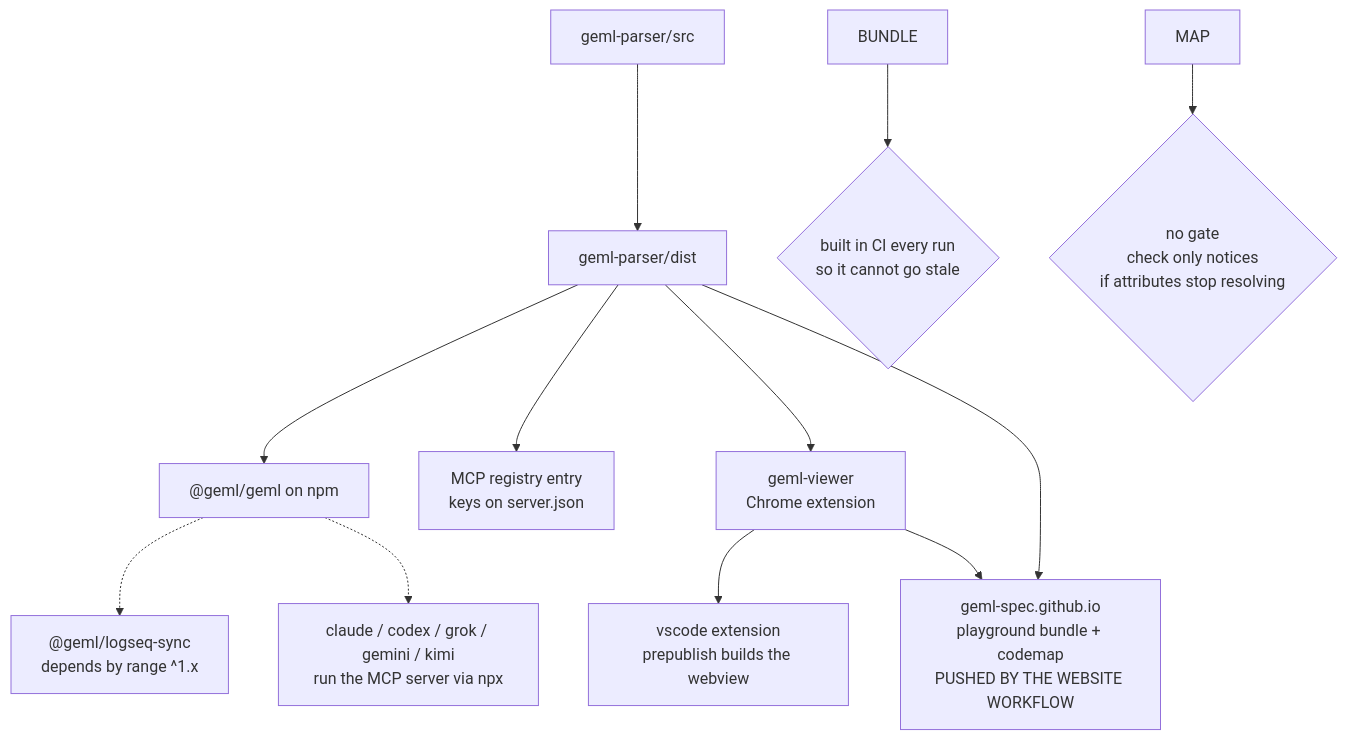
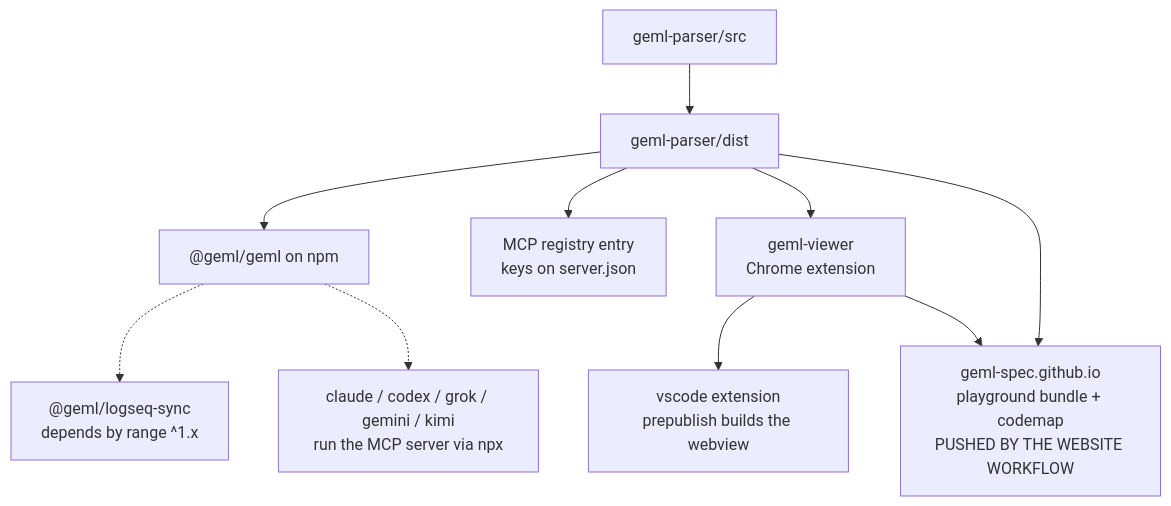
One commit to geml-spec/geml changed the diagram in docs/PUBLISHING.md. Above: the diagram before and after it, drawn with Mermaid. The commit also changed other lines of this file and 57 other files, not shown here.

````diff
--- a/docs/PUBLISHING.md
+++ b/docs/PUBLISHING.md
@@ -24,17 +24,14 @@
 ```mermaid
 flowchart TD
   SRC["geml-parser/src"] --> DIST["geml-parser/dist"]
 
   DIST --> NPM["@geml/geml on npm"]
   DIST --> MCP["MCP registry entry<br/>keys on server.json"]
   DIST --> VIEWER["geml-viewer<br/>Chrome extension"]
   DIST --> SITE["geml-spec.github.io<br/>playground bundle + codemap<br/>PUSHED BY THE WEBSITE WORKFLOW"]
   VIEWER --> VSCODE["vscode extension<br/>prepublish builds the webview"]
   VIEWER --> SITE
 
   NPM -.-> LOGSEQ["@geml/logseq-sync<br/>depends by range ^1.x"]
   NPM -.-> PLUGINS["claude / codex / grok / gemini / kimi<br/>run the MCP server via npx"]
-
-  BUNDLE --> G1{"built in CI every run<br/>so it cannot go stale"}
-  MAP --> G2{"no gate<br/>check only notices<br/>if attributes stop resolving"}
 ```
````
